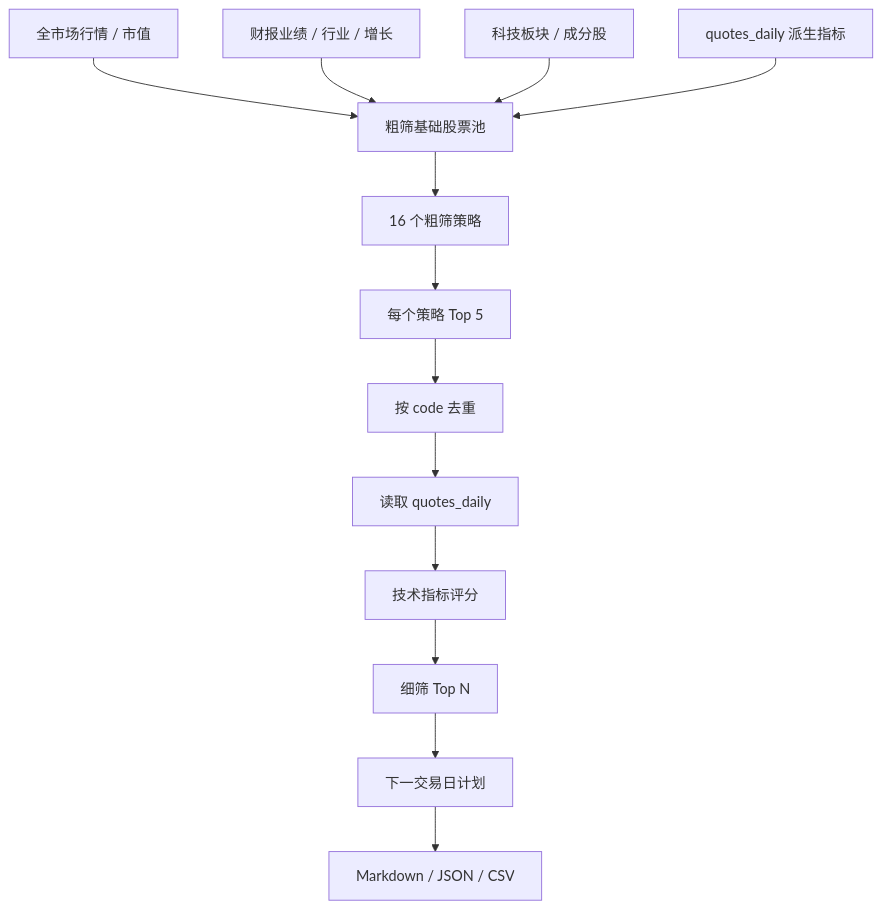
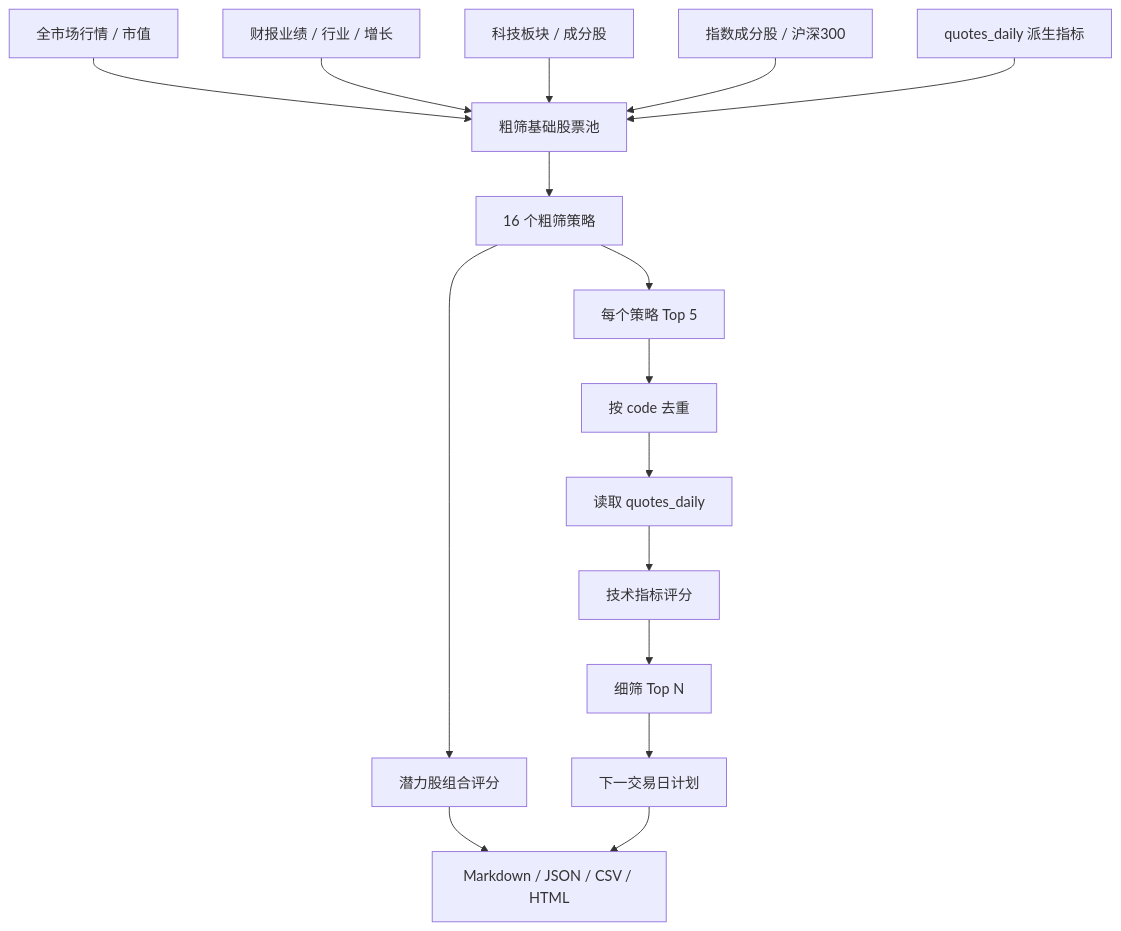
The fourth of 4 diagrams in references/architecture.md (dlxu1/tech-growth-stock-screener), drawn with Mermaid before and after one commit. The commit also changed other lines of this file and 36 other files, not shown here.

````diff
--- a/references/architecture.md
+++ b/references/architecture.md
@@ -286,16 +332,19 @@
 ```mermaid
 flowchart TD
   Spot["全市场行情 / 市值"] --> Base["粗筛基础股票池"]
   Financials["财报业绩 / 行业 / 增长"] --> Base
   Boards["科技板块 / 成分股"] --> Base
+  IndexMembers["指数成分股 / 沪深300"] --> Base
   DailyMetrics["quotes_daily 派生指标"] --> Base
 
   Base --> C1["16 个粗筛策略"]
+  C1 --> Combo["潜力股组合评分"]
   C1 --> C2["每个策略 Top 5"]
   C2 --> Dedup["按 code 去重"]
   Dedup --> Quotes["读取 quotes_daily"]
   Quotes --> TScore["技术指标评分"]
   TScore --> FTop["细筛 Top N"]
   FTop --> Plan["下一交易日计划"]
-  Plan --> Output["Markdown / JSON / CSV"]
+  Combo --> Output["Markdown / JSON / CSV / HTML"]
+  Plan --> Output
 ```
````
